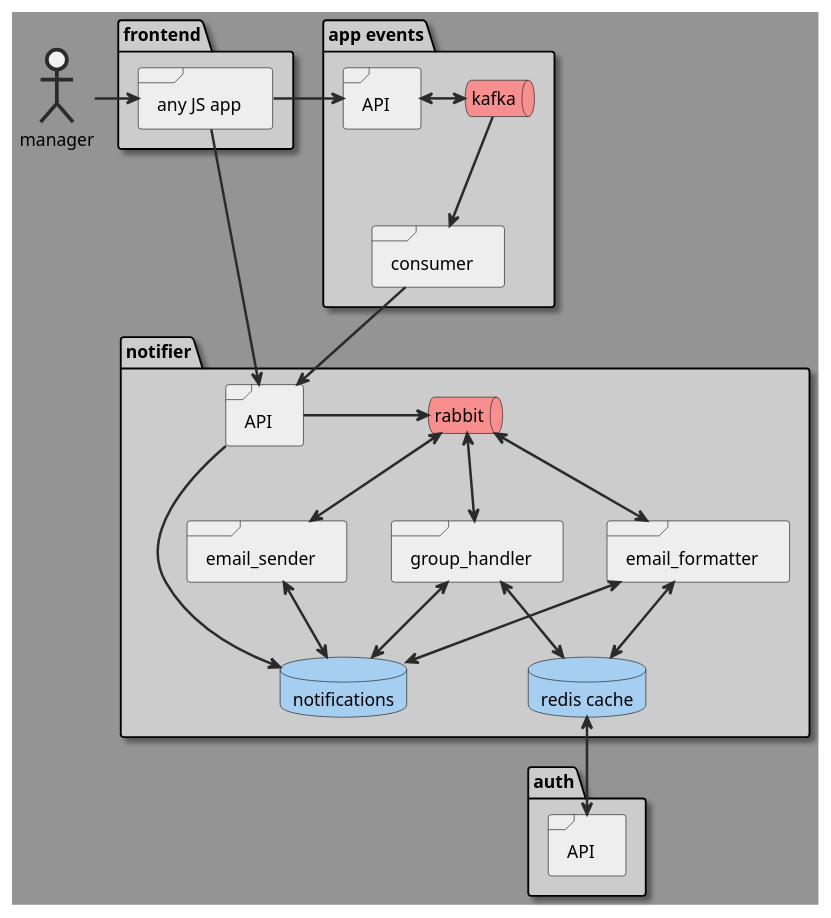
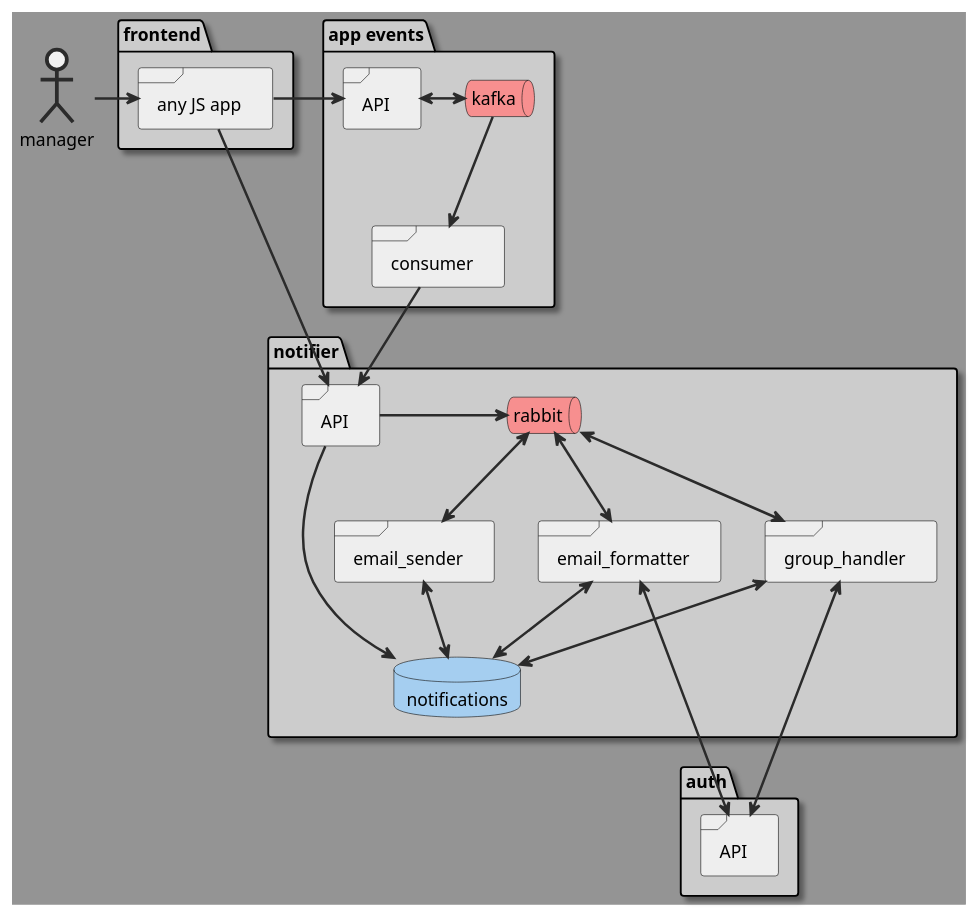
The diagram in scheme/maybe.puml (YanPonomarevMP/notifications_sprint_1), drawn with PlantUML before and after one commit. The commit also changed 1 other file, not shown here.

Commit message:
Подправили схемку
всё

```diff
--- a/scheme/maybe.puml
+++ b/scheme/maybe.puml
@@ -1,96 +1,93 @@
 @startuml
 
 <style>
     package {
         backgroundcolor #CCC
         Shadowing 1
     }
     document {
         backgroundcolor #949494
     }
     frame {
         backgroundcolor #EEE
     }
     database {
         backgroundcolor #A5CEF0
     }
     queue {
         backgroundcolor #F78F8F
     }
     actor {
         linethickness 3
         linecolor #2B2B2B
     }
     arrow {
         linethickness 2
         linecolor #2B2B2B
     }
     folder {
         backgroundcolor #FFCD73
     }
 </style>
 
 package "notifier" {
     frame notifier_api as "API" {
     }
     frame notifier_formatter as "email_formatter" {
     }
     frame notifier_email_sender as "email_sender" {
     }
     frame notifier_group_handler as "group_handler" {
     }
     database notifier_postgres as "notifications" {
     }
-    database notifier_cache as "redis cache" {
-    }
     queue notifier_queue as "rabbit" {
     }
 }
 
 package events as "app events" {
     frame events_api as "API" {
     }
     queue events_kafka as "kafka" {
     }
     frame notifier_to_events_consumer as "consumer" {
     }
 }
 
 package "auth" {
     frame auth_api as "API" {
     }
 }
 
 package "frontend" {
     frame frontend_app as "any JS app" {
     }
 }
 
 actor notifier_user as "manager"
 
 events_kafka --> notifier_to_events_consumer
 notifier_to_events_consumer --> notifier_api
 
 notifier_user -right-> frontend_app
 frontend_app ---> notifier_api
 frontend_app -right-> events_api
 events_api <-right-> events_kafka
 
 notifier_api -right-> notifier_postgres
 notifier_api -right-> notifier_queue
 
 notifier_formatter <-up-> notifier_queue
 notifier_email_sender <-up-> notifier_queue
 
-notifier_formatter <-down-> notifier_cache
-notifier_cache <--> auth_api
-notifier_formatter <-right-> notifier_postgres
+notifier_formatter <---> auth_api
+notifier_formatter <--> notifier_postgres
 notifier_email_sender <--> notifier_postgres
 
-notifier_group_handler <-down-> notifier_cache
+notifier_group_handler <--> auth_api
 notifier_group_handler <-up-> notifier_queue
 notifier_group_handler <-down-> notifier_postgres
 
 'note right of notifier_formatter : aaa
 
 @enduml
```
